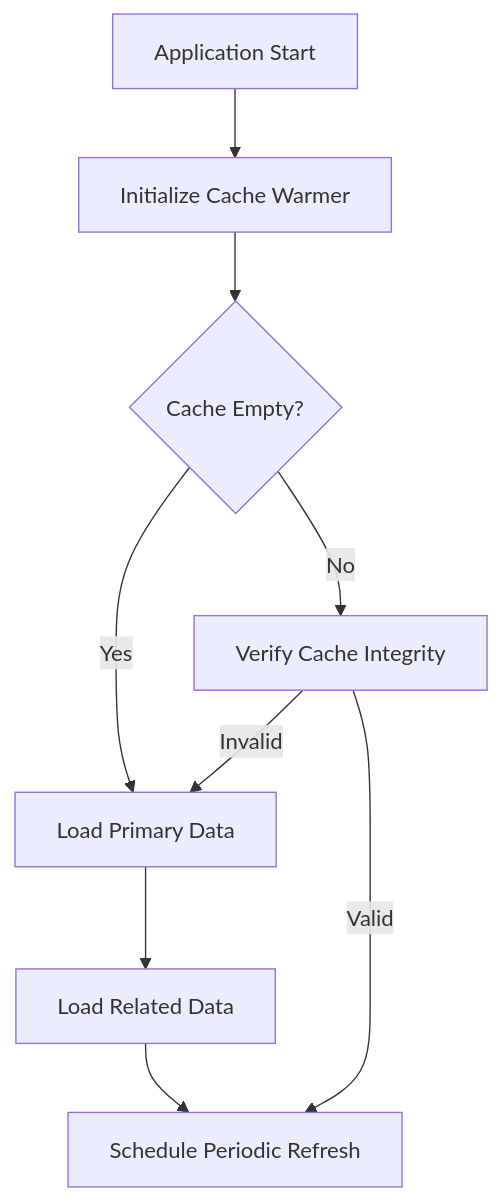
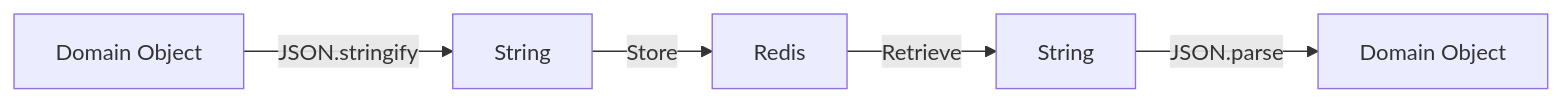
The second of 2 diagrams in documentation/design/Redis_Cache.md (tonglam/letletme_data), drawn with Mermaid before and after one commit. The commit also changed other lines of this file and 36 other files, not shown here.

````diff
--- a/documentation/design/Redis_Cache.md
+++ b/documentation/design/Redis_Cache.md
@@ -121,11 +78,7 @@
 ```mermaid
-flowchart TD
-    A[Application Start] --> B[Initialize Cache Warmer]
-    B --> C{Cache Empty?}
-    C -->|Yes| D[Load Primary Data]
-    C -->|No| E[Verify Cache Integrity]
-    D --> F[Load Related Data]
-    E -->|Invalid| D
-    E -->|Valid| G[Schedule Periodic Refresh]
-    F --> G
+flowchart LR
+    A[Domain Object] -->|JSON.stringify| B[String]
+    B -->|Store| C[Redis]
+    C -->|Retrieve| D[String]
+    D -->|JSON.parse| E[Domain Object]
 ```
````
